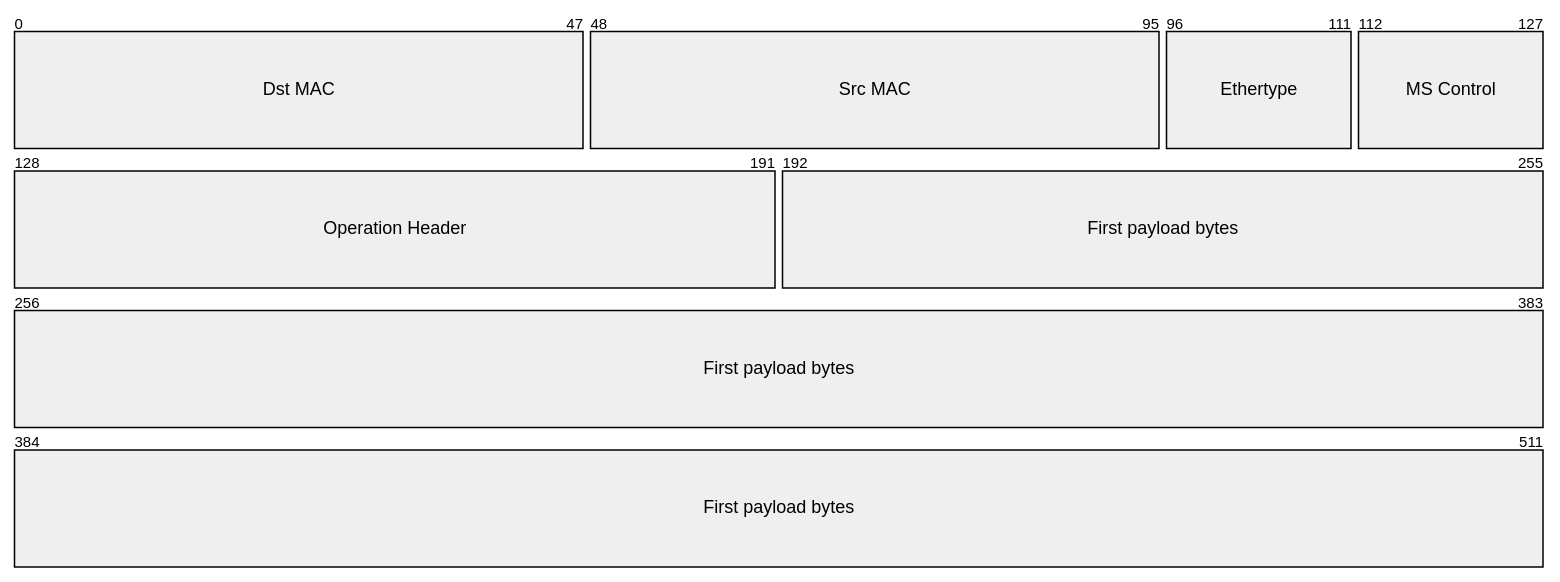
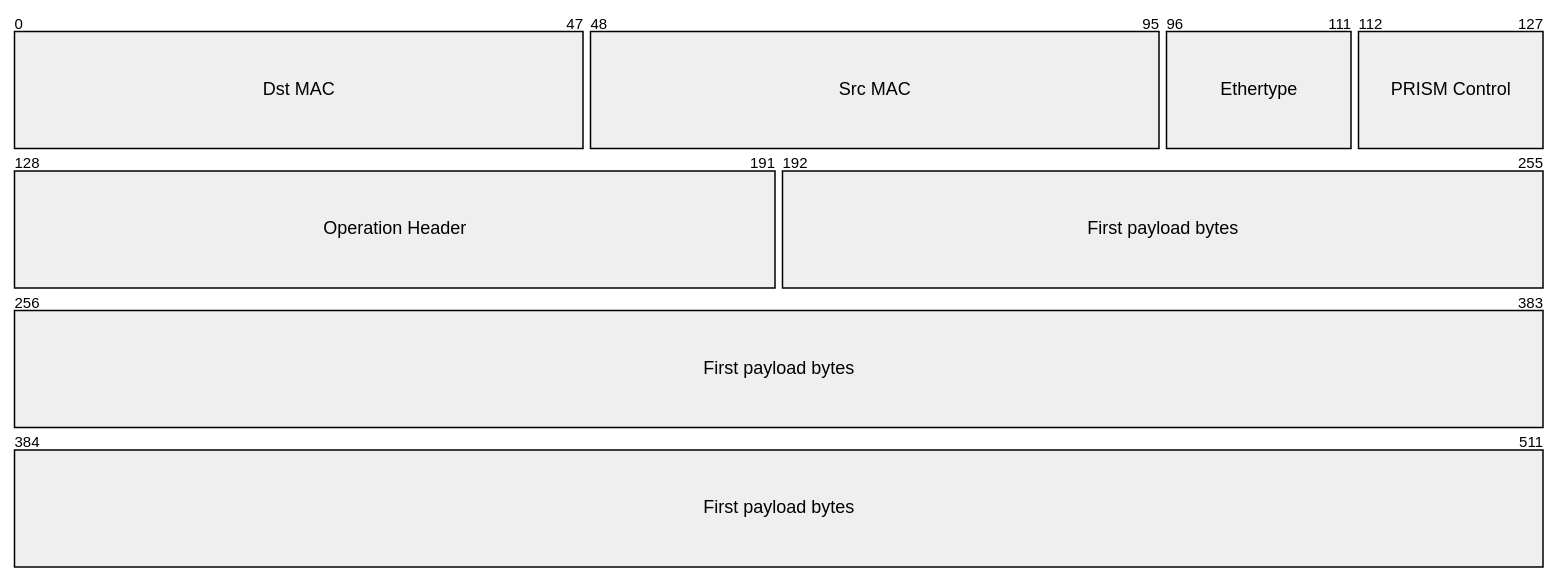
Before and after one commit to uniquadev/prism: the first of 13 diagrams in docs/chapters/3-architecture/protocol.it.md, drawn with Mermaid (neutral theme). The commit also changed other lines of this file and 4 other files, not shown here.

````diff
--- a/docs/chapters/3-architecture/protocol.it.md
+++ b/docs/chapters/3-architecture/protocol.it.md
@@ -46,10 +46,10 @@
 ```mermaid
 %%{init: {"packet": {"bitsPerRow": 128, "bitWidth": 8, "rowHeight": 78, "showBits": true}} }%%
 packet
     +48: "Dst MAC"
     +48: "Src MAC"
     +16: "Ethertype"
-    +16: "MS Control"
+    +16: "PRISM Control"
     +64: "Operation Header"
     +320: "First payload bytes"
 ```
````
